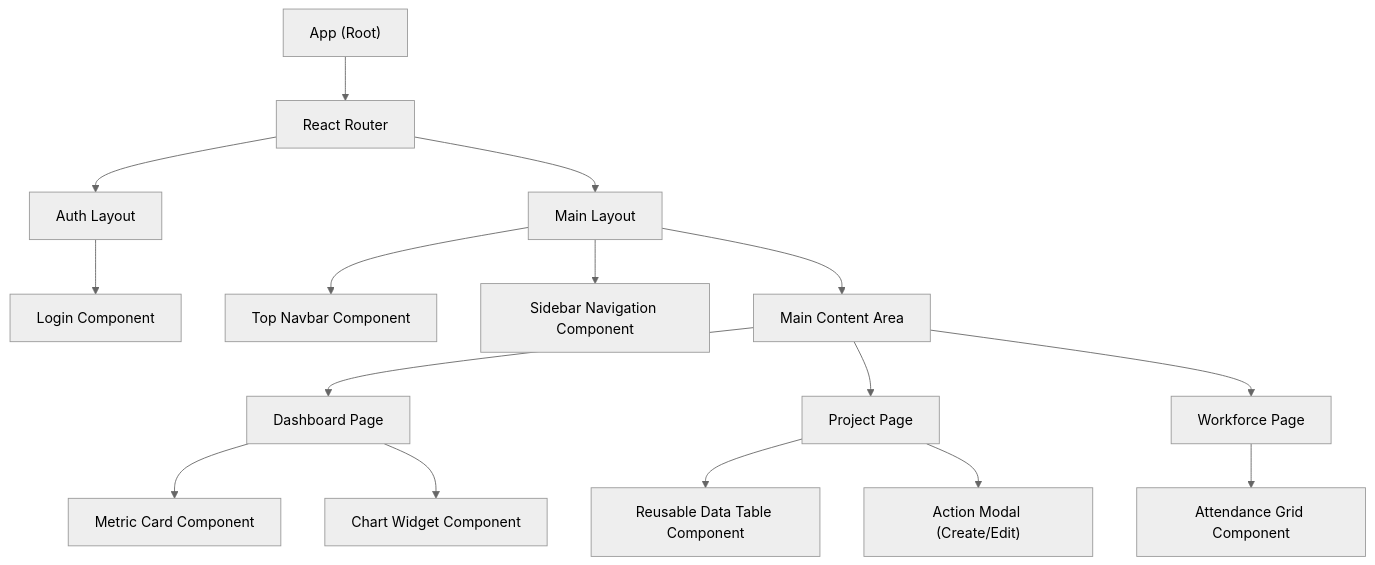
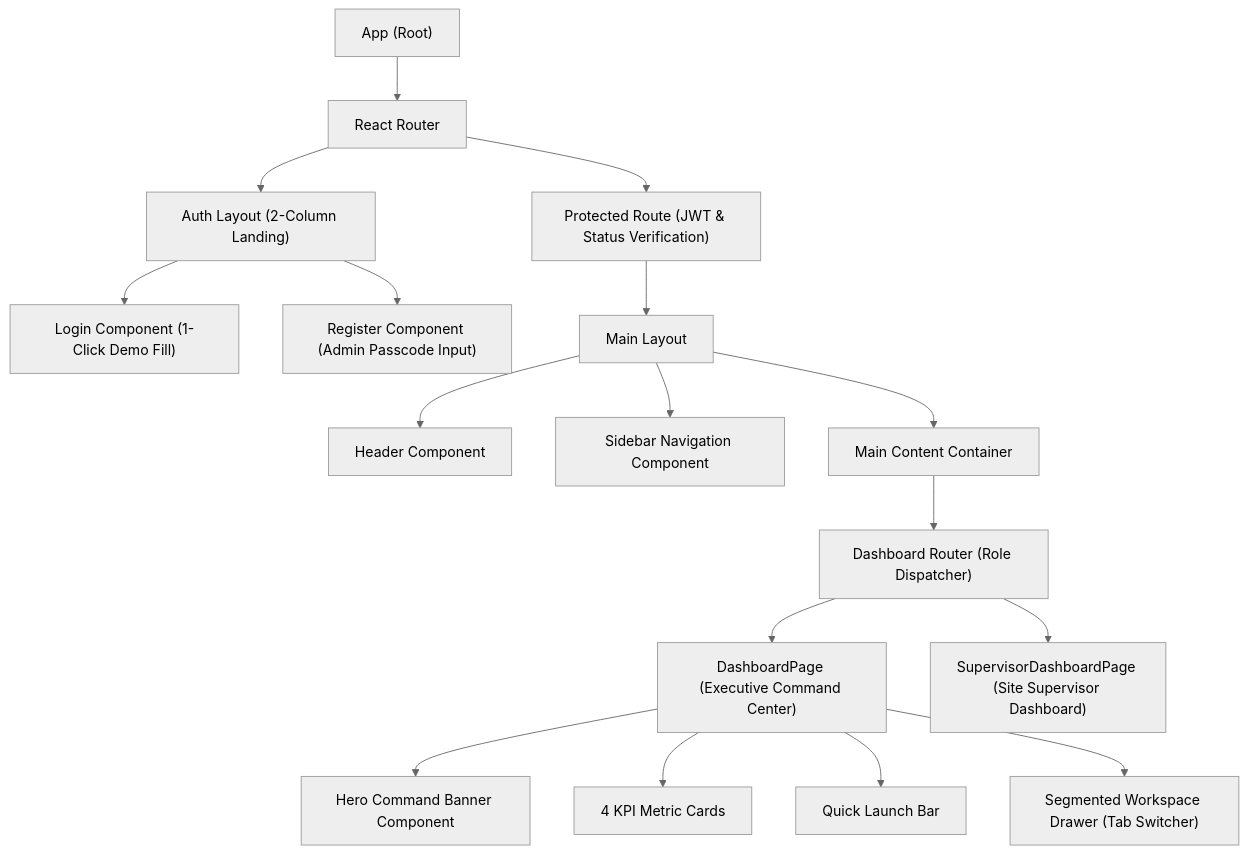
The second of 2 diagrams in docs/06_UI_FLOW.md (sushmitha-katika-dev/build-flow), drawn with Mermaid (neutral theme) before and after one commit. The commit also changed other lines of this file and 8 other files, not shown here.

````diff
--- a/docs/06_UI_FLOW.md
+++ b/docs/06_UI_FLOW.md
@@ -105,23 +84,24 @@
 ```mermaid
 graph TD
     App["App (Root)"] --> Router["React Router"]
     
-    Router --> AuthLayout["Auth Layout"]
-    AuthLayout --> Login["Login Component"]
+    Router --> AuthLayout["Auth Layout (2-Column Landing)"]
+    AuthLayout --> Login["Login Component (1-Click Demo Fill)"]
+    AuthLayout --> Register["Register Component (Admin Passcode Input)"]
     
-    Router --> MainLayout["Main Layout"]
-    MainLayout --> Navbar["Top Navbar Component"]
+    Router --> ProtectedRoute["Protected Route (JWT & Status Verification)"]
+    ProtectedRoute --> MainLayout["Main Layout"]
+    
+    MainLayout --> Header["Header Component"]
     MainLayout --> Sidebar["Sidebar Navigation Component"]
-    MainLayout --> Content["Main Content Area"]
+    MainLayout --> Content["Main Content Container"]
     
-    Content --> Dashboard["Dashboard Page"]
-    Dashboard --> MetricCard["Metric Card Component"]
-    Dashboard --> ChartWidget["Chart Widget Component"]
+    Content --> DashboardRouter["Dashboard Router (Role Dispatcher)"]
+    DashboardRouter --> AdminDash["DashboardPage (Executive Command Center)"]
+    DashboardRouter --> SupDash["SupervisorDashboardPage (Site Supervisor Dashboard)"]
     
-    Content --> ProjectPage["Project Page"]
-    ProjectPage --> DataTable["Reusable Data Table Component"]
-    ProjectPage --> ActionModal["Action Modal (Create/Edit)"]
-    
-    Content --> WorkforcePage["Workforce Page"]
-    WorkforcePage --> AttendanceGrid["Attendance Grid Component"]
+    AdminDash --> HeroBanner["Hero Command Banner Component"]
+    AdminDash --> KPIGrid["4 KPI Metric Cards"]
+    AdminDash --> QuickBar["Quick Launch Bar"]
+    AdminDash --> WorkspaceDrawer["Segmented Workspace Drawer (Tab Switcher)"]
 ```
````
